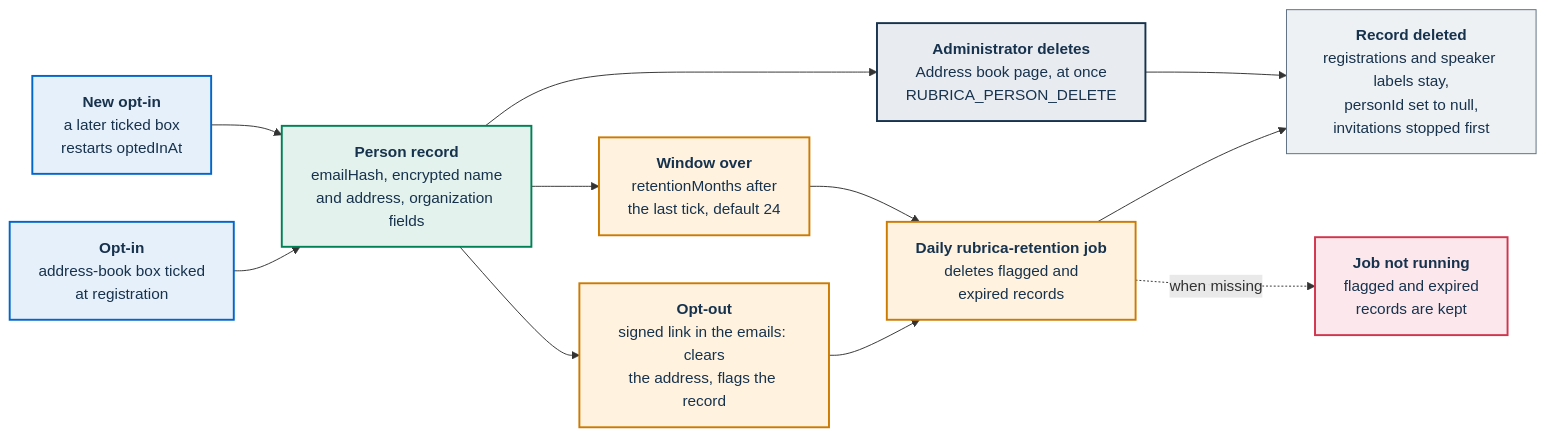
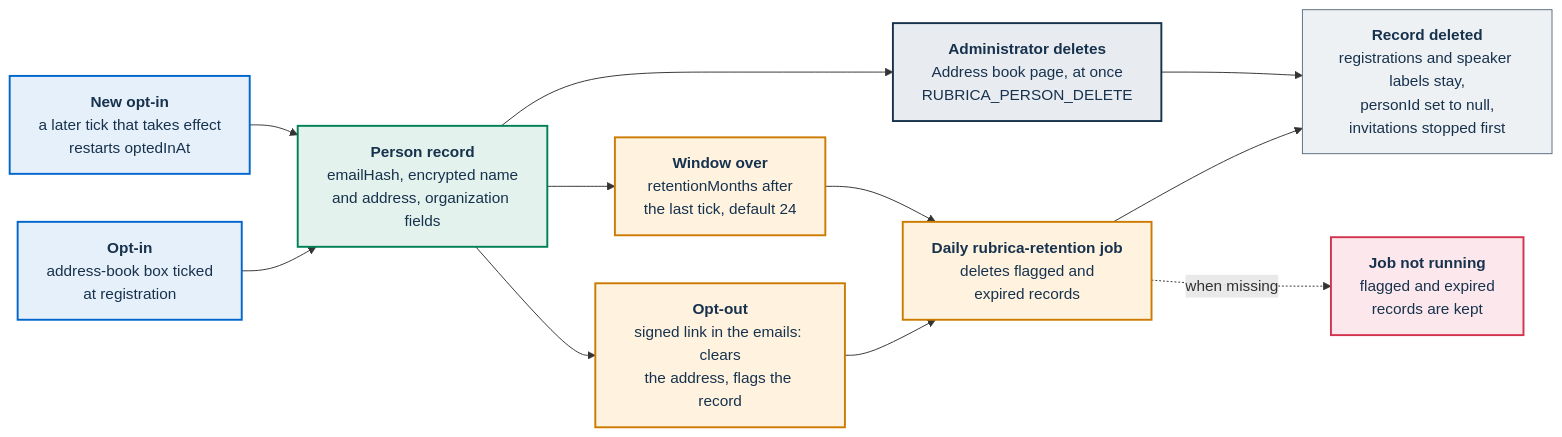
Before and after one commit to italia/pa-webinar: the second of 2 diagrams in docs/adr/011-person-rubrica.md, drawn with Mermaid. The commit also changed other lines of this file and 22 other files, not shown here.

````diff
--- a/docs/adr/011-person-rubrica.md
+++ b/docs/adr/011-person-rubrica.md
@@ -351,30 +402,30 @@
 ```mermaid
 flowchart LR
     IN["<b>Opt-in</b><br/>address-book box ticked<br/>at registration"]:::portal
-    ACT["<b>New opt-in</b><br/>a later ticked box<br/>restarts optedInAt"]:::portal
+    ACT["<b>New opt-in</b><br/>a later tick that takes effect<br/>restarts optedInAt"]:::portal
     P["<b>Person record</b><br/>emailHash, encrypted name<br/>and address, organization fields"]:::data
     OUT["<b>Opt-out</b><br/>signed link in the emails: clears<br/>the address, flags the record"]:::job
     IDLE["<b>Window over</b><br/>retentionMonths after<br/>the last tick, default 24"]:::job
     ADM["<b>Administrator deletes</b><br/>Address book page, at once<br/>RUBRICA_PERSON_DELETE"]:::staff
     JOB["<b>Daily rubrica-retention job</b><br/>deletes flagged and<br/>expired records"]:::job
     GONE["<b>Record deleted</b><br/>registrations and speaker labels stay,<br/>personId set to null,<br/>invitations stopped first"]:::ext
     RISK["<b>Job not running</b><br/>flagged and expired<br/>records are kept"]:::risk
 
     IN --> P
     ACT --> P
     P --> OUT
     P --> IDLE
     P --> ADM
     OUT --> JOB
     IDLE --> JOB
     JOB --> GONE
     ADM --> GONE
     JOB -.->|"when missing"| RISK
 
     classDef portal fill:#E6F0FA,stroke:#0066CC,stroke-width:2px,color:#17324D
     classDef data fill:#E3F2EC,stroke:#008055,stroke-width:2px,color:#17324D
     classDef job fill:#FFF3E0,stroke:#CC7A00,stroke-width:2px,color:#17324D
     classDef staff fill:#E8ECF1,stroke:#17324D,stroke-width:2px,color:#17324D
     classDef risk fill:#FCE8EC,stroke:#D1344C,stroke-width:2px,color:#17324D
     classDef ext fill:#EEF1F4,stroke:#5C6F82,stroke-width:1px,color:#17324D
 ```
````
